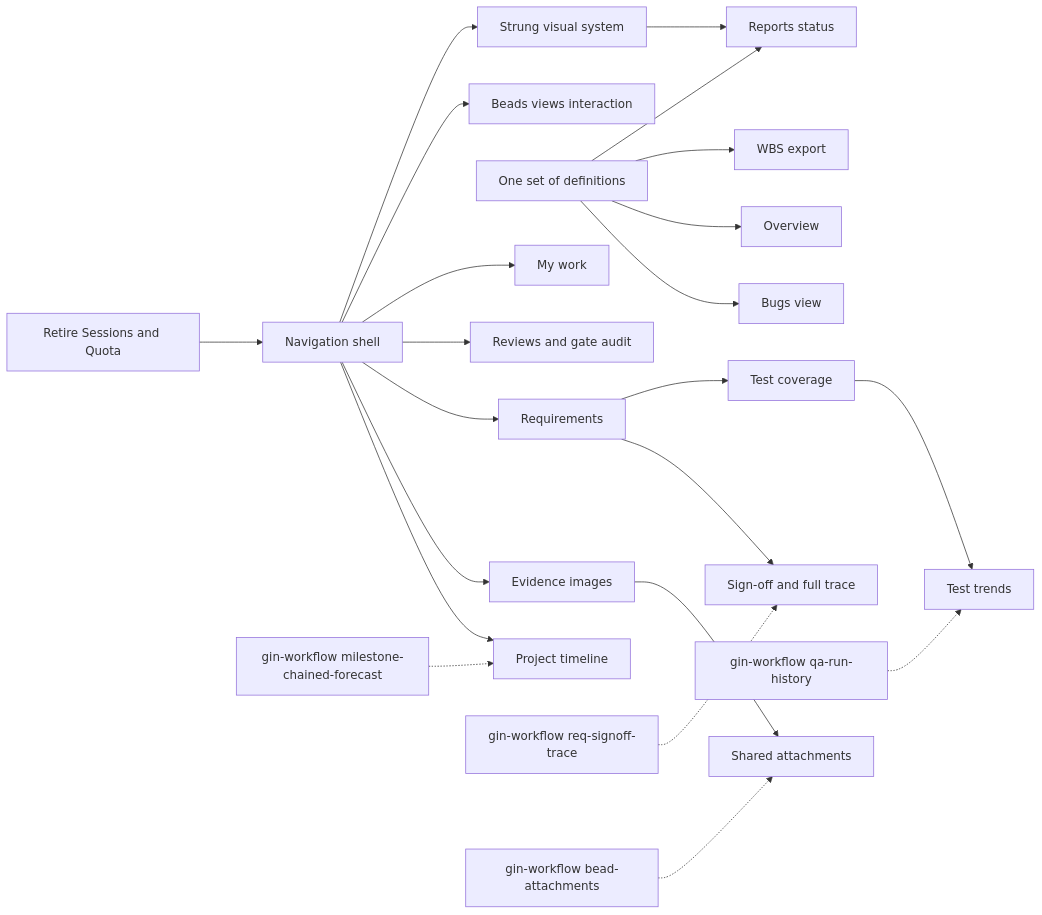
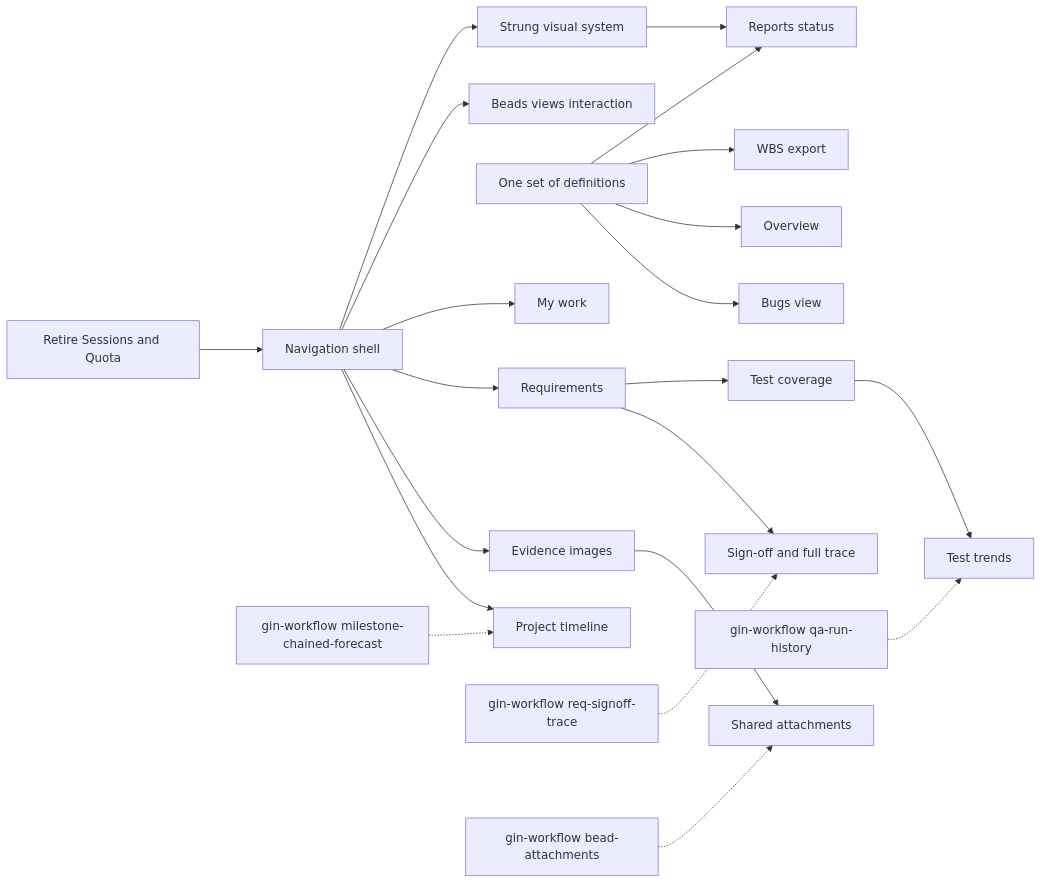
One commit to giangdhwhtbr/gin-console changed the diagram in docs/roadmap.md. Above: the diagram before and after it, drawn with Mermaid. The commit also changed other lines of this file and 2 other files, not shown here.

First line of the commit message:
docs(roadmap): drop Reviews and gate audit (gin-console-rm-review-audit)

````diff
--- a/docs/roadmap.md
+++ b/docs/roadmap.md
@@ -65,24 +66,23 @@
 ```mermaid
 flowchart LR
   retire[Retire Sessions and Quota] --> shell[Navigation shell]
   shell --> strung[Strung visual system]
   shell --> beadsviews[Beads views interaction]
   defs[One set of definitions] --> status[Reports status]
   strung --> status
   defs --> wbs[WBS export]
   defs --> overview[Overview]
   shell --> mywork[My work]
-  shell --> audit[Reviews and gate audit]
   shell --> reqs[Requirements]
   reqs --> tests[Test coverage]
   defs --> bugs[Bugs view]
   shell --> imgA[Evidence images]
   shell --> timeline[Project timeline]
   gw1[gin-workflow milestone-chained-forecast] -.-> timeline
   reqs --> signoff[Sign-off and full trace]
   gw2[gin-workflow req-signoff-trace] -.-> signoff
   tests --> trends[Test trends]
   gw3[gin-workflow qa-run-history] -.-> trends
   imgA --> imgB[Shared attachments]
   gw4[gin-workflow bead-attachments] -.-> imgB
 ```
````
